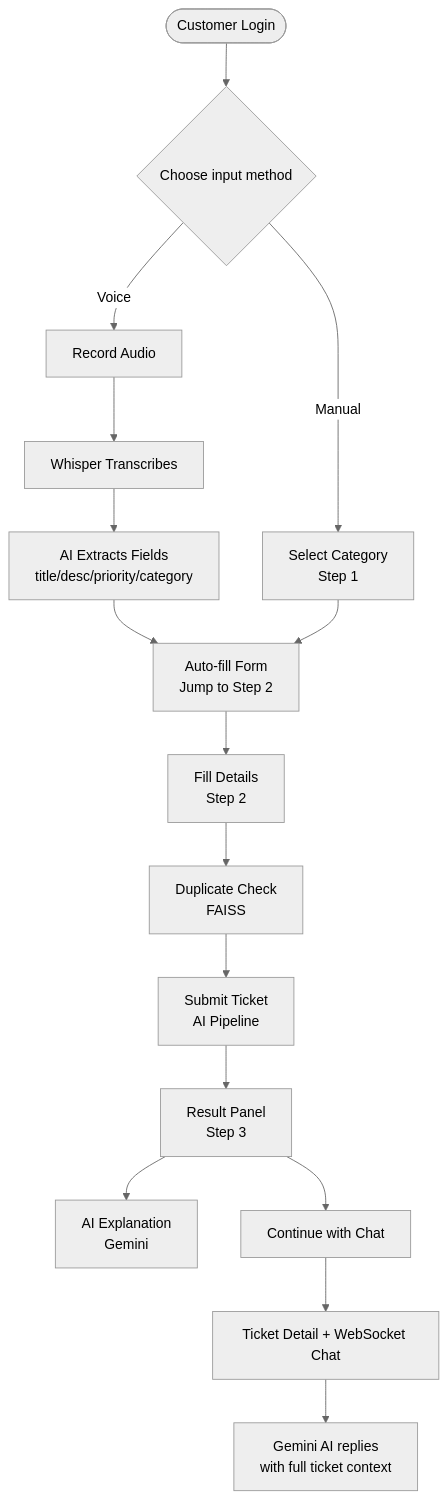
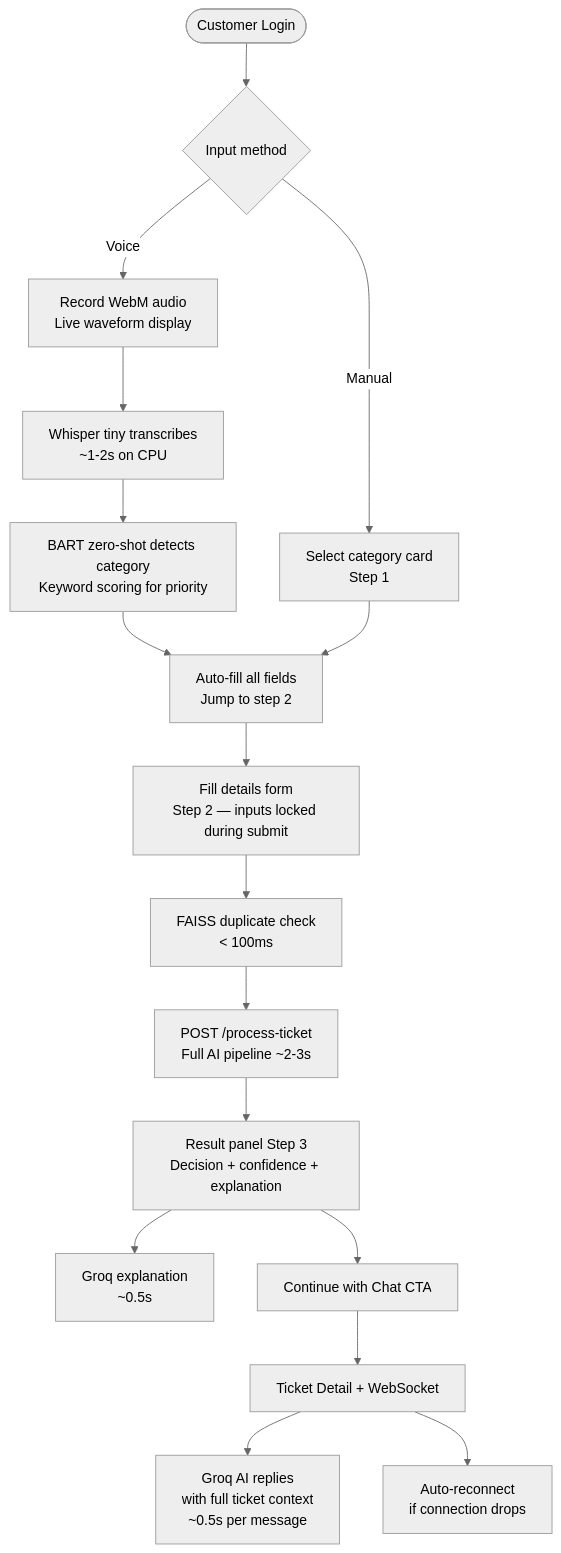
Before and after one commit to nanduveera30-boop/AI-Ticket-System: the seventh of 9 diagrams in README.md, drawn with Mermaid (neutral theme). The commit also changed other lines of this file and 9 other files, not shown here.

First line of the commit message:
perf: Groq AI chat + faster models + embedding cache + polished README

````diff
--- a/README.md
+++ b/README.md
@@ -230,18 +213,19 @@
 ```mermaid
 flowchart TD
-    A([Customer Login]) --> B{Choose input method}
-    B -- Voice --> C[Record Audio]
-    C --> D[Whisper Transcribes]
-    D --> E[AI Extracts Fields\ntitle/desc/priority/category]
-    E --> F[Auto-fill Form\nJump to Step 2]
-    B -- Manual --> G[Select Category\nStep 1]
+    A([Customer Login]) --> B{Input method}
+    B -- Voice --> C["Record WebM audio\nLive waveform display"]
+    C --> D["Whisper tiny transcribes\n~1-2s on CPU"]
+    D --> E["BART zero-shot detects category\nKeyword scoring for priority"]
+    E --> F["Auto-fill all fields\nJump to step 2"]
+    B -- Manual --> G["Select category card\nStep 1"]
     G --> F
-    F --> H[Fill Details\nStep 2]
-    H --> I[Duplicate Check\nFAISS]
-    I --> J[Submit Ticket\nAI Pipeline]
-    J --> K[Result Panel\nStep 3]
-    K --> L[AI Explanation\nGemini]
-    K --> M[Continue with Chat]
-    M --> N[Ticket Detail + WebSocket Chat]
-    N --> O[Gemini AI replies\nwith full ticket context]
+    F --> H["Fill details form\nStep 2 — inputs locked during submit"]
+    H --> I["FAISS duplicate check\n< 100ms"]
+    I --> J["POST /process-ticket\nFull AI pipeline ~2-3s"]
+    J --> K["Result panel Step 3\nDecision + confidence + explanation"]
+    K --> L["Groq explanation\n~0.5s"]
+    K --> M["Continue with Chat CTA"]
+    M --> N["Ticket Detail + WebSocket"]
+    N --> O["Groq AI replies\nwith full ticket context\n~0.5s per message"]
+    N --> P["Auto-reconnect\nif connection drops"]
 ```
````
